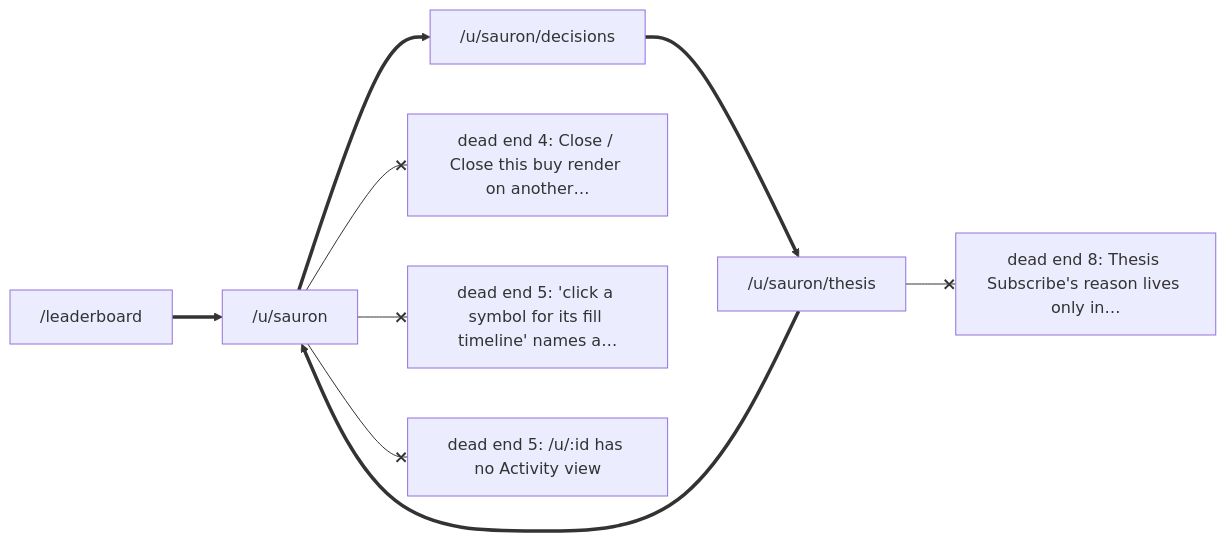
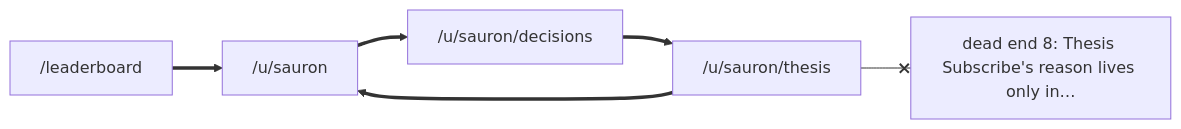
The first of 5 diagrams in docs/members/maps.md (ejclark/skynet-capital), drawn with Mermaid before and after one commit. The commit also changed other lines of this file and 76 other files, not shown here.

````diff
--- a/docs/members/maps.md
+++ b/docs/members/maps.md
@@ -7,15 +7,12 @@
 ```mermaid
 flowchart LR
   r0["/leaderboard"]
   r1["/u/sauron"]
   r2["/u/sauron/decisions"]
   r3["/u/sauron/thesis"]
   r0 ==> r1
   r1 ==> r2
   r2 ==> r3
   r3 ==> r1
-  r1 --x d0["dead end 4: Close / Close this buy render on another…"]
-  r1 --x d1["dead end 5: 'click a symbol for its fill timeline' names a…"]
-  r3 --x d2["dead end 8: Thesis Subscribe's reason lives only in…"]
-  r1 --x d3["dead end 5: /u/:id has no Activity view"]
+  r3 --x d0["dead end 8: Thesis Subscribe's reason lives only in…"]
 ```
````
